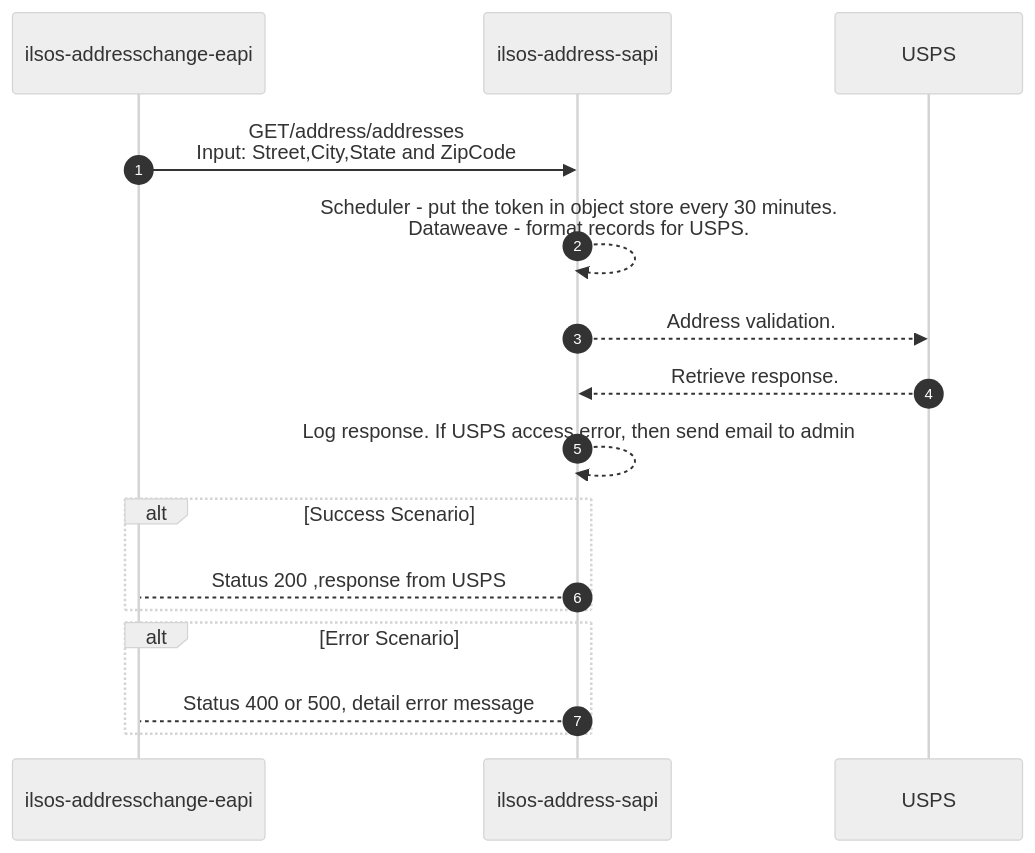
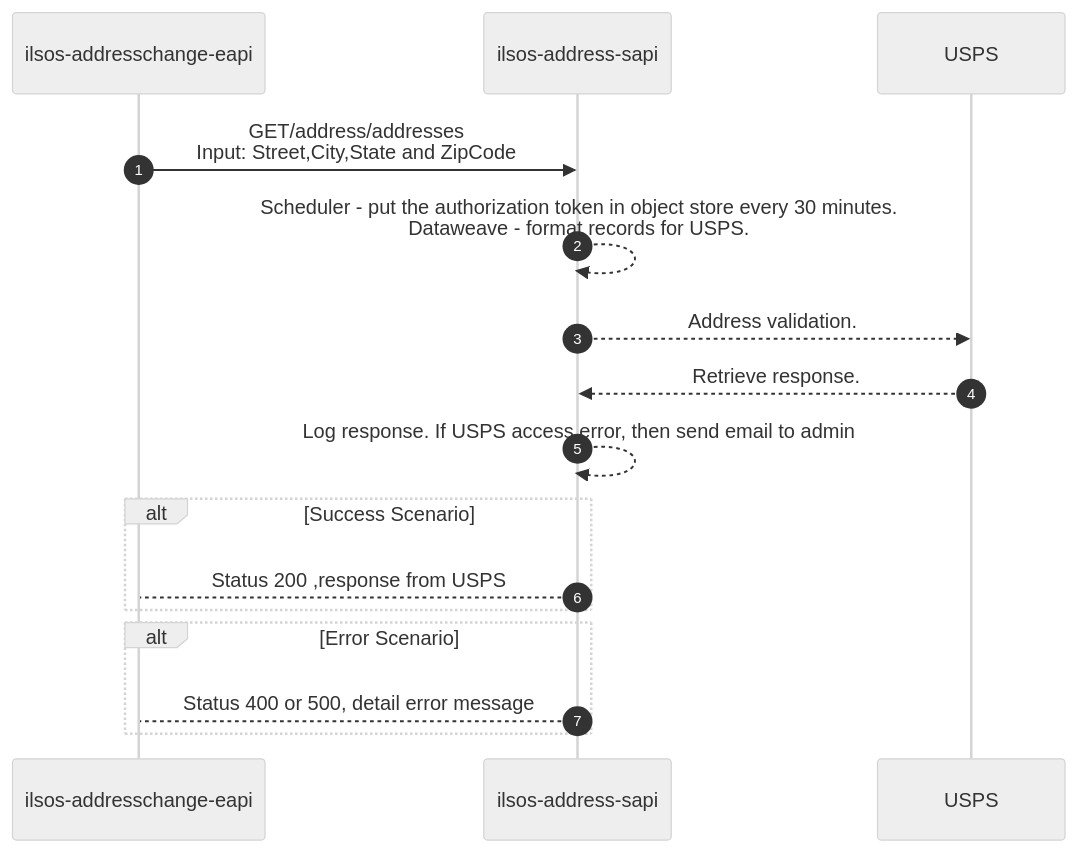
The diagram in README.md (acme-devs/ilsos-address-sapi), drawn with Mermaid (neutral theme) before and after one commit.

````diff
--- a/README.md
+++ b/README.md
@@ -27,19 +27,19 @@
 ```mermaid
 sequenceDiagram
     autonumber
     participant eapi as ilsos-addresschange-eapi
     participant api as ilsos-address-sapi
     participant usps as USPS
 
     eapi->>api:GET/address/addresses <br>Input: Street,City,State and ZipCode
-    api-->>api:Scheduler - put the token in object store every 30 minutes.<br>Dataweave - format records for USPS.
+    api-->>api:Scheduler - put the authorization token in object store every 30 minutes.<br>Dataweave - format records for USPS.
     api-->>usps:Address validation.
     usps-->>api:Retrieve response.
     api-->>api:Log response. If USPS access error, then send email to admin
     alt Success Scenario 
         api-->eapi: Status 200 ,response from USPS
     end
     alt Error Scenario 
         api-->eapi: Status 400 or 500, detail error message
     end
   ```
````
